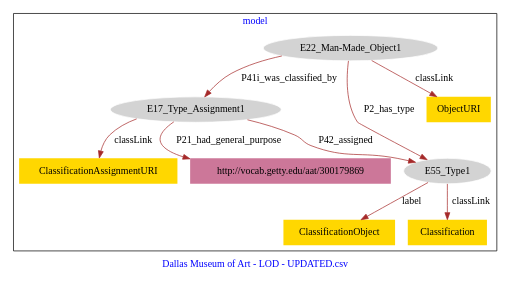
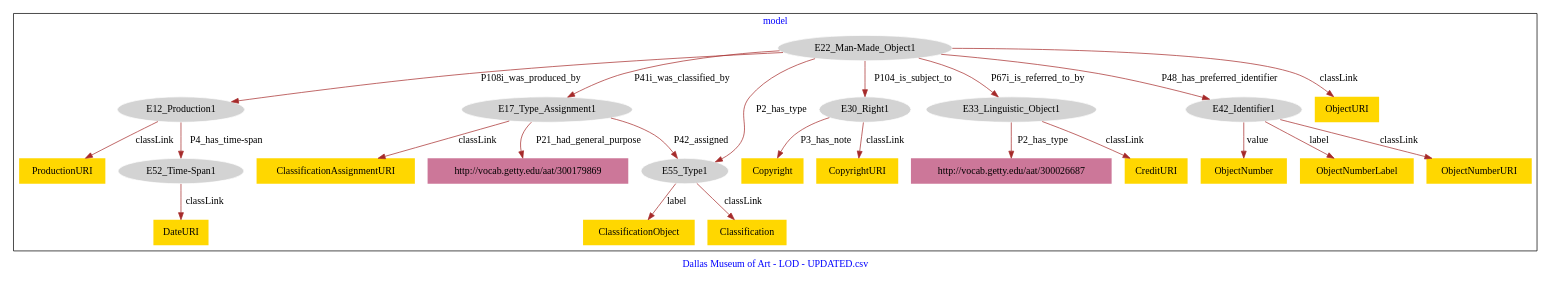
The diagram in Data/DMA-model.dot (american-art/DMA), drawn with Graphviz before and after one commit.

Commit message:
Update file DMA-model.dot

```diff
--- a/Data/DMA-model.dot
+++ b/Data/DMA-model.dot
@@ -1,24 +1,52 @@
 digraph n0 {
 fontcolor="blue"
 remincross="true"
 label="Dallas Museum of Art - LOD - UPDATED.csv"
 subgraph cluster {
 label="model"
-n2[style="filled",color="white",fillcolor="lightgray",label="E17_Type_Assignment1"];
-n3[style="filled",color="white",fillcolor="lightgray",label="E55_Type1"];
-n4[style="filled",color="white",fillcolor="lightgray",label="E22_Man-Made_Object1"];
-n5[shape="plaintext",style="filled",fillcolor="gold",label="ObjectURI"];
-n6[shape="plaintext",style="filled",fillcolor="gold",label="ClassificationObject"];
-n7[shape="plaintext",style="filled",fillcolor="gold",label="ClassificationAssignmentURI"];
-n8[shape="plaintext",style="filled",fillcolor="gold",label="Classification"];
-n9[shape="plaintext",style="filled",fillcolor="#CC7799",label="http://vocab.getty.edu/aat/300179869"];
+n2[style="filled",color="white",fillcolor="lightgray",label="E12_Production1"];
+n3[style="filled",color="white",fillcolor="lightgray",label="E52_Time-Span1"];
+n4[style="filled",color="white",fillcolor="lightgray",label="E17_Type_Assignment1"];
+n5[style="filled",color="white",fillcolor="lightgray",label="E55_Type1"];
+n6[style="filled",color="white",fillcolor="lightgray",label="E22_Man-Made_Object1"];
+n7[style="filled",color="white",fillcolor="lightgray",label="E30_Right1"];
+n8[style="filled",color="white",fillcolor="lightgray",label="E33_Linguistic_Object1"];
+n9[style="filled",color="white",fillcolor="lightgray",label="E42_Identifier1"];
+n10[shape="plaintext",style="filled",fillcolor="gold",label="Classification"];
+n11[shape="plaintext",style="filled",fillcolor="gold",label="ObjectNumberURI"];
+n12[shape="plaintext",style="filled",fillcolor="gold",label="ProductionURI"];
+n13[shape="plaintext",style="filled",fillcolor="gold",label="CopyrightURI"];
+n14[shape="plaintext",style="filled",fillcolor="gold",label="ClassificationAssignmentURI"];
+n15[shape="plaintext",style="filled",fillcolor="gold",label="CreditURI"];
+n16[shape="plaintext",style="filled",fillcolor="gold",label="ObjectNumber"];
+n17[shape="plaintext",style="filled",fillcolor="gold",label="ClassificationObject"];
+n18[shape="plaintext",style="filled",fillcolor="gold",label="ObjectURI"];
+n19[shape="plaintext",style="filled",fillcolor="gold",label="DateURI"];
+n20[shape="plaintext",style="filled",fillcolor="gold",label="Copyright"];
+n21[shape="plaintext",style="filled",fillcolor="gold",label="ObjectNumberLabel"];
+n22[shape="plaintext",style="filled",fillcolor="#CC7799",label="http://vocab.getty.edu/aat/300026687"];
+n23[shape="plaintext",style="filled",fillcolor="#CC7799",label="http://vocab.getty.edu/aat/300179869"];
 }
-n2 -> n3[color="brown",fontcolor="black",label="P42_assigned"]
-n4 -> n2[color="brown",fontcolor="black",label="P41i_was_classified_by"]
-n4 -> n5[color="brown",fontcolor="black",label="classLink"]
-n3 -> n6[color="brown",fontcolor="black",label="label"]
-n2 -> n7[color="brown",fontcolor="black",label="classLink"]
-n3 -> n8[color="brown",fontcolor="black",label="classLink"]
-n2 -> n9[color="brown",fontcolor="black",label="P21_had_general_purpose"]
-n4 -> n3[color="brown",fontcolor="black",label="P2_has_type"]
+n2 -> n3[color="brown",fontcolor="black",label="P4_has_time-span"]
+n4 -> n5[color="brown",fontcolor="black",label="P42_assigned"]
+n6 -> n2[color="brown",fontcolor="black",label="P108i_was_produced_by"]
+n6 -> n4[color="brown",fontcolor="black",label="P41i_was_classified_by"]
+n6 -> n7[color="brown",fontcolor="black",label="P104_is_subject_to"]
+n6 -> n8[color="brown",fontcolor="black",label="P67i_is_referred_to_by"]
+n6 -> n9[color="brown",fontcolor="black",label="P48_has_preferred_identifier"]
+n5 -> n10[color="brown",fontcolor="black",label="classLink"]
+n9 -> n11[color="brown",fontcolor="black",label="classLink"]
+n2 -> n12[color="brown",fontcolor="black",label="classLink"]
+n7 -> n13[color="brown",fontcolor="black",label="classLink"]
+n4 -> n14[color="brown",fontcolor="black",label="classLink"]
+n8 -> n15[color="brown",fontcolor="black",label="classLink"]
+n9 -> n16[color="brown",fontcolor="black",label="value"]
+n5 -> n17[color="brown",fontcolor="black",label="label"]
+n6 -> n18[color="brown",fontcolor="black",label="classLink"]
+n3 -> n19[color="brown",fontcolor="black",label="classLink"]
+n7 -> n20[color="brown",fontcolor="black",label="P3_has_note"]
+n9 -> n21[color="brown",fontcolor="black",label="label"]
+n8 -> n22[color="brown",fontcolor="black",label="P2_has_type"]
+n4 -> n23[color="brown",fontcolor="black",label="P21_had_general_purpose"]
+n6 -> n5[color="brown",fontcolor="black",label="P2_has_type"]
 }
```
